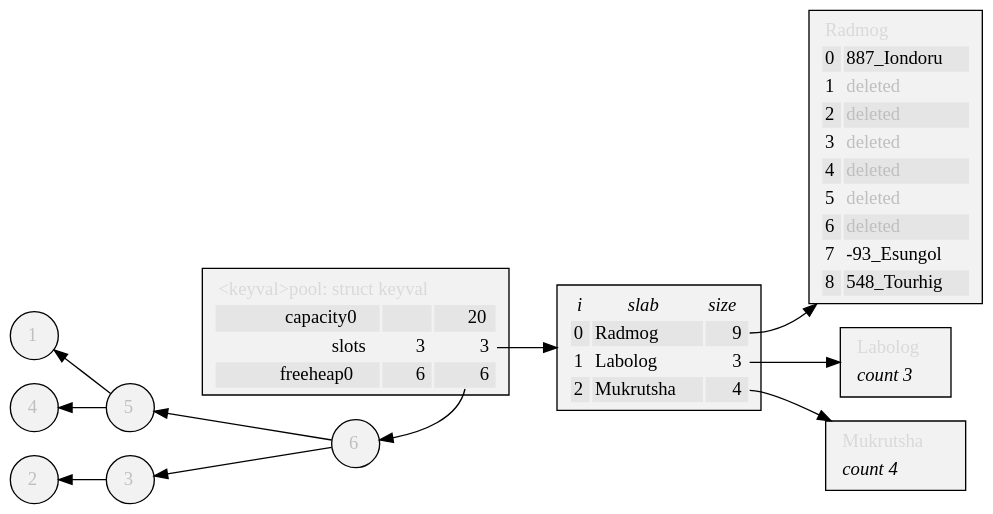
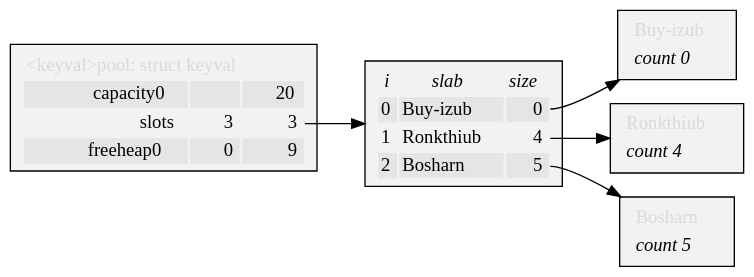
Before and after one commit to neil-edelman/boxes: the diagram in doc/kvpool.gv, drawn with Graphviz. The commit also changed 1 other file, not shown here.

```diff
--- a/doc/kvpool.gv
+++ b/doc/kvpool.gv
@@ -1,114 +1,66 @@
 digraph {
 	graph [rankdir=LR, truecolor=true, bgcolor=transparent, fontface=modern];
 	node [shape=box, style=filled, fillcolor="Gray95"];
-	free0_0 [label=<<FONT COLOR="Gray75">6</FONT>>, shape=circle];
-	free0_1 [label=<<FONT COLOR="Gray75">5</FONT>>, shape=circle];
-	free0_1 -> free0_0 [dir=back];
-	free0_2 [label=<<FONT COLOR="Gray75">3</FONT>>, shape=circle];
-	free0_2 -> free0_0 [dir=back];
-	free0_3 [label=<<FONT COLOR="Gray75">1</FONT>>, shape=circle];
-	free0_3 -> free0_1 [dir=back];
-	free0_4 [label=<<FONT COLOR="Gray75">4</FONT>>, shape=circle];
-	free0_4 -> free0_1 [dir=back];
-	free0_5 [label=<<FONT COLOR="Gray75">2</FONT>>, shape=circle];
-	free0_5 -> free0_2 [dir=back];
-	{rank=same; pool; free0_0; }
-	pool:free -> free0_0;
 	pool [label=<
 <TABLE BORDER="0">
 	<TR><TD COLSPAN="3" ALIGN="LEFT"><FONT COLOR="Gray85">&lt;keyval&gt;pool: struct keyval</FONT></TD></TR>
 	<TR>
 		<TD BORDER="0" ALIGN="RIGHT" BGCOLOR="Gray90">capacity0</TD>
 		<TD BORDER="0" BGCOLOR="Gray90">&#8205;</TD>
 		<TD BORDER="0" ALIGN="RIGHT" BGCOLOR="Gray90">20</TD>
 	</TR>
 	<TR>
 		<TD BORDER="0" ALIGN="RIGHT">slots</TD>
 		<TD BORDER="0" ALIGN="RIGHT">3</TD>
 		<TD PORT="slots" BORDER="0" ALIGN="RIGHT">3</TD>
 	</TR>
 	<TR>
 		<TD BORDER="0" ALIGN="RIGHT" BGCOLOR="Gray90">freeheap0</TD>
-		<TD BORDER="0" ALIGN="RIGHT" BGCOLOR="Gray90">6</TD>
-		<TD PORT="free" BORDER="0" ALIGN="RIGHT" BGCOLOR="Gray90">6</TD>
+		<TD BORDER="0" ALIGN="RIGHT" BGCOLOR="Gray90">0</TD>
+		<TD PORT="free" BORDER="0" ALIGN="RIGHT" BGCOLOR="Gray90">9</TD>
 	</TR>
 </TABLE>>];
 	pool:slots -> slots;
 	slots [label = <
 <TABLE BORDER="0">
 	<TR>
 		<TD BORDER="0"><FONT FACE="Times-Italic">i</FONT></TD>
 		<TD BORDER="0"><FONT FACE="Times-Italic">slab</FONT></TD>
 		<TD BORDER="0"><FONT FACE="Times-Italic">size</FONT></TD>
 	</TR>
 	<TR>
 		<TD ALIGN="RIGHT" BGCOLOR="Gray90">0</TD>
-		<TD ALIGN="LEFT" BGCOLOR="Gray90">Radmog</TD>
-		<TD PORT="0" ALIGN="RIGHT" BGCOLOR="Gray90">9</TD>
+		<TD ALIGN="LEFT" BGCOLOR="Gray90">Buy-izub</TD>
+		<TD PORT="0" ALIGN="RIGHT" BGCOLOR="Gray90">0</TD>
 	</TR>
 	<TR>
 		<TD ALIGN="RIGHT">1</TD>
-		<TD ALIGN="LEFT">Labolog</TD>
-		<TD PORT="1" ALIGN="RIGHT">3</TD>
+		<TD ALIGN="LEFT">Ronkthiub</TD>
+		<TD PORT="1" ALIGN="RIGHT">4</TD>
 	</TR>
 	<TR>
 		<TD ALIGN="RIGHT" BGCOLOR="Gray90">2</TD>
-		<TD ALIGN="LEFT" BGCOLOR="Gray90">Mukrutsha</TD>
-		<TD PORT="2" ALIGN="RIGHT" BGCOLOR="Gray90">4</TD>
+		<TD ALIGN="LEFT" BGCOLOR="Gray90">Bosharn</TD>
+		<TD PORT="2" ALIGN="RIGHT" BGCOLOR="Gray90">5</TD>
 	</TR>
 </TABLE>>];
 	slots:0 -> slab0;
 	slab0 [label=<
 <TABLE BORDER="0">
-	<TR><TD COLSPAN="2" ALIGN="LEFT"><FONT COLOR="Gray85">Radmog</FONT></TD></TR>
-	<TR>
-		<TD PORT="0" ALIGN="RIGHT" BGCOLOR="Gray90">0</TD>
-		<TD ALIGN="LEFT" BGCOLOR="Gray90">887_Iondoru</TD>
-	</TR>
-	<TR>
-		<TD PORT="1" ALIGN="RIGHT">1</TD>
-		<TD ALIGN="LEFT"><FONT COLOR="Gray75">deleted</FONT></TD>
-	</TR>
-	<TR>
-		<TD PORT="2" ALIGN="RIGHT" BGCOLOR="Gray90">2</TD>
-		<TD ALIGN="LEFT" BGCOLOR="Gray90"><FONT COLOR="Gray75">deleted</FONT></TD>
-	</TR>
-	<TR>
-		<TD PORT="3" ALIGN="RIGHT">3</TD>
-		<TD ALIGN="LEFT"><FONT COLOR="Gray75">deleted</FONT></TD>
-	</TR>
-	<TR>
-		<TD PORT="4" ALIGN="RIGHT" BGCOLOR="Gray90">4</TD>
-		<TD ALIGN="LEFT" BGCOLOR="Gray90"><FONT COLOR="Gray75">deleted</FONT></TD>
-	</TR>
-	<TR>
-		<TD PORT="5" ALIGN="RIGHT">5</TD>
-		<TD ALIGN="LEFT"><FONT COLOR="Gray75">deleted</FONT></TD>
-	</TR>
-	<TR>
-		<TD PORT="6" ALIGN="RIGHT" BGCOLOR="Gray90">6</TD>
-		<TD ALIGN="LEFT" BGCOLOR="Gray90"><FONT COLOR="Gray75">deleted</FONT></TD>
-	</TR>
-	<TR>
-		<TD PORT="7" ALIGN="RIGHT">7</TD>
-		<TD ALIGN="LEFT">-93_Esungol</TD>
-	</TR>
-	<TR>
-		<TD PORT="8" ALIGN="RIGHT" BGCOLOR="Gray90">8</TD>
-		<TD ALIGN="LEFT" BGCOLOR="Gray90">548_Tourhig</TD>
-	</TR>
+	<TR><TD COLSPAN="2" ALIGN="LEFT"><FONT COLOR="Gray85">Buy-izub</FONT></TD></TR>
+	<TR><TD COLSPAN="2" ALIGN="LEFT"><FONT FACE="Times-Italic">count 0</FONT></TD></TR>
 </TABLE>>];
 	slots:1 -> slab1;
 	slab1 [label=<
 <TABLE BORDER="0">
-	<TR><TD COLSPAN="2" ALIGN="LEFT"><FONT COLOR="Gray85">Labolog</FONT></TD></TR>
-	<TR><TD COLSPAN="2" ALIGN="LEFT"><FONT FACE="Times-Italic">count 3</FONT></TD></TR>
+	<TR><TD COLSPAN="2" ALIGN="LEFT"><FONT COLOR="Gray85">Ronkthiub</FONT></TD></TR>
+	<TR><TD COLSPAN="2" ALIGN="LEFT"><FONT FACE="Times-Italic">count 4</FONT></TD></TR>
 </TABLE>>];
 	slots:2 -> slab2;
 	slab2 [label=<
 <TABLE BORDER="0">
-	<TR><TD COLSPAN="2" ALIGN="LEFT"><FONT COLOR="Gray85">Mukrutsha</FONT></TD></TR>
-	<TR><TD COLSPAN="2" ALIGN="LEFT"><FONT FACE="Times-Italic">count 4</FONT></TD></TR>
+	<TR><TD COLSPAN="2" ALIGN="LEFT"><FONT COLOR="Gray85">Bosharn</FONT></TD></TR>
+	<TR><TD COLSPAN="2" ALIGN="LEFT"><FONT FACE="Times-Italic">count 5</FONT></TD></TR>
 </TABLE>>];
 	node [fillcolour=red];
 }
```
